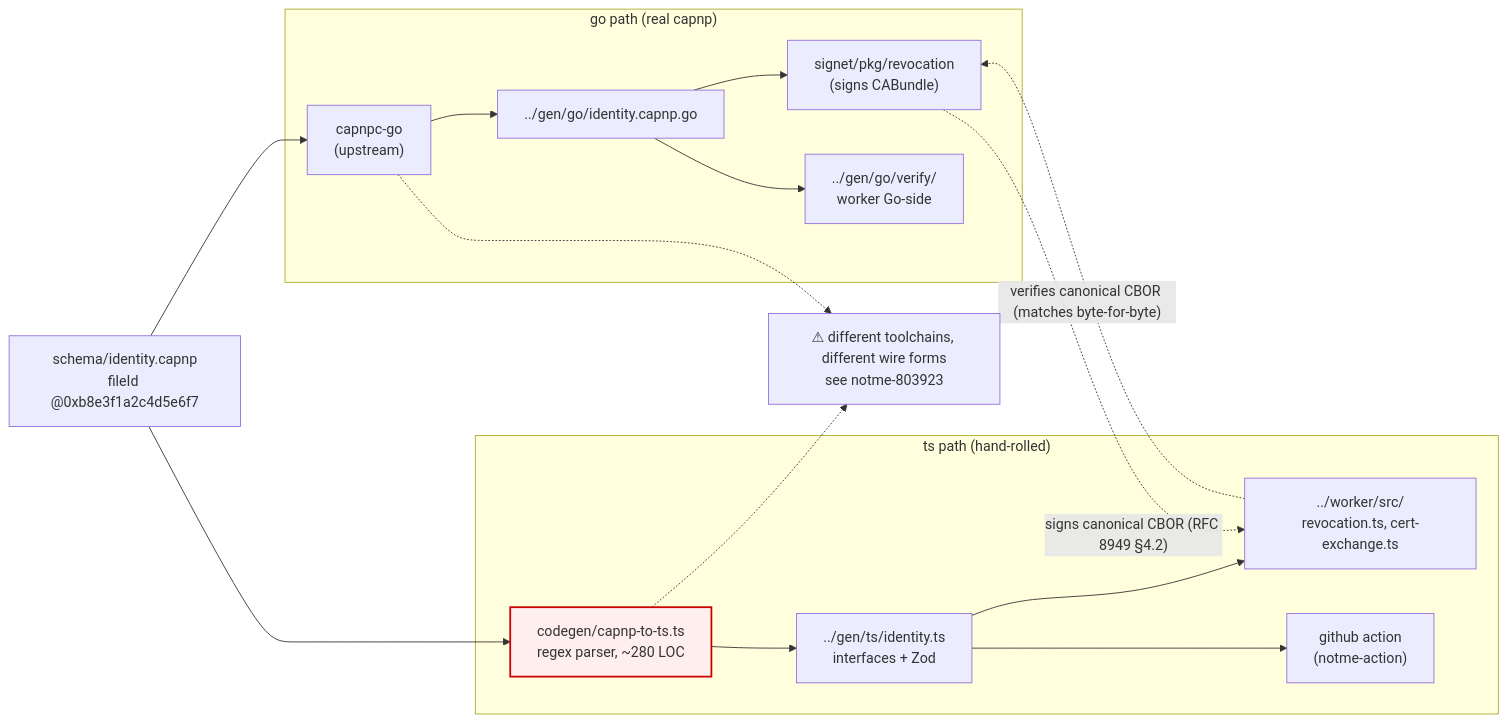
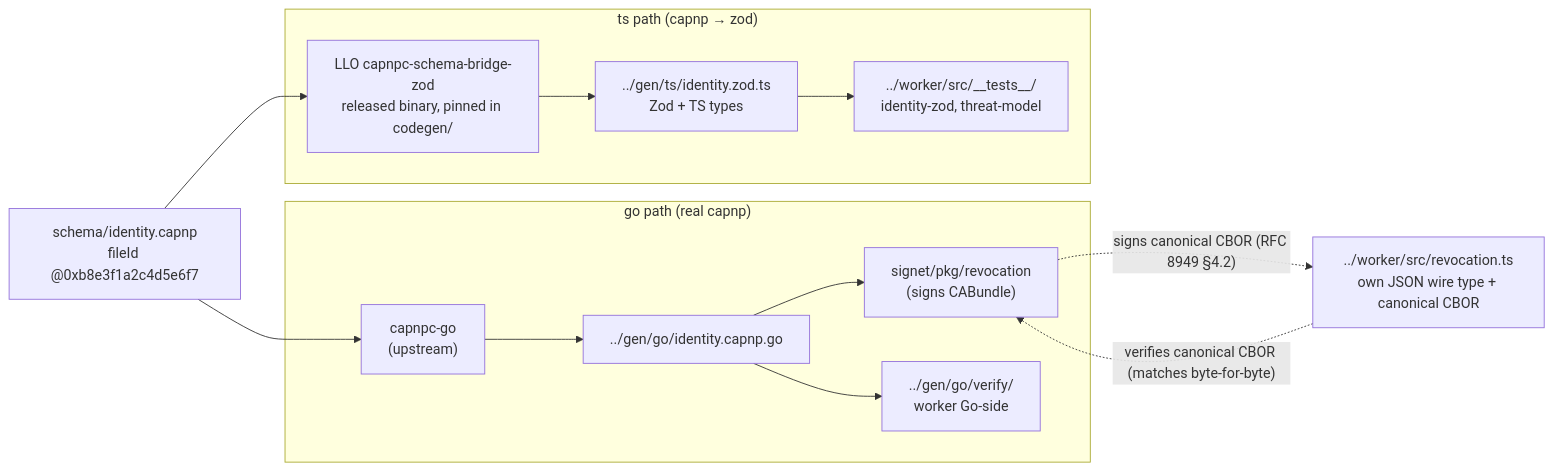
The diagram in schema/README.md (agentic-research/notme), drawn with Mermaid before and after one commit. The commit also changed other lines of this file and 35 other files, not shown here.

````diff
--- a/schema/README.md
+++ b/schema/README.md
@@ -41,36 +41,29 @@
 ```mermaid
 flowchart LR
     src["schema/identity.capnp<br/>fileId @0xb8e3f1a2c4d5e6f7"]
 
     subgraph go_path["go path (real capnp)"]
         capnpc_go["capnpc-go<br/>(upstream)"]
         gen_go["../gen/go/identity.capnp.go"]
         signet_pkg["signet/pkg/revocation<br/>(signs CABundle)"]
         worker_verify["../gen/go/verify/<br/>worker Go-side"]
     end
 
-    subgraph ts_path["ts path (hand-rolled)"]
-        capnp_to_ts["codegen/capnp-to-ts.ts<br/>regex parser, ~280 LOC"]
-        gen_ts["../gen/ts/identity.ts<br/>interfaces + Zod"]
-        worker_ts["../worker/src/<br/>revocation.ts, cert-exchange.ts"]
-        action_ts["github action<br/>(notme-action)"]
+    subgraph ts_path["ts path (capnp → zod)"]
+        schema_bridge["LLO capnpc-schema-bridge-zod<br/>released binary, pinned in codegen/"]
+        gen_ts["../gen/ts/identity.zod.ts<br/>Zod + TS types"]
+        zod_tests["../worker/src/__tests__/<br/>identity-zod, threat-model"]
     end
+
+    worker_ts["../worker/src/revocation.ts<br/>own JSON wire type + canonical CBOR"]
 
     src --> capnpc_go --> gen_go
     gen_go --> signet_pkg
     gen_go --> worker_verify
 
-    src --> capnp_to_ts --> gen_ts
-    gen_ts --> worker_ts
-    gen_ts --> action_ts
+    src --> schema_bridge --> gen_ts
+    gen_ts --> zod_tests
 
     signet_pkg -. "signs canonical CBOR (RFC 8949 §4.2)" .-> worker_ts
     worker_ts -. "verifies canonical CBOR (matches byte-for-byte)" .-> signet_pkg
-
-    classDef warn fill:#fee,stroke:#c00,stroke-width:2px
-    class capnp_to_ts warn
-
-    divergence["⚠ different toolchains, different wire forms<br/>see notme-803923"]
-    capnpc_go -.-> divergence
-    capnp_to_ts -.-> divergence
 ```
````
